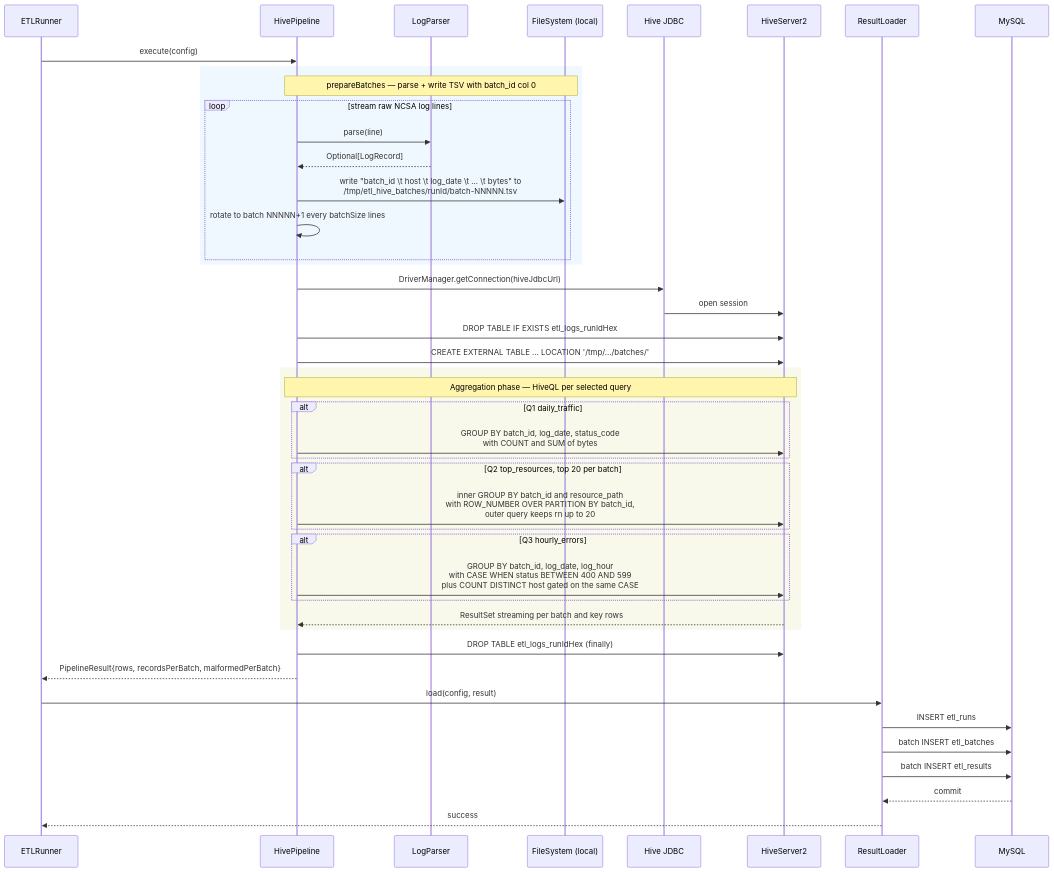
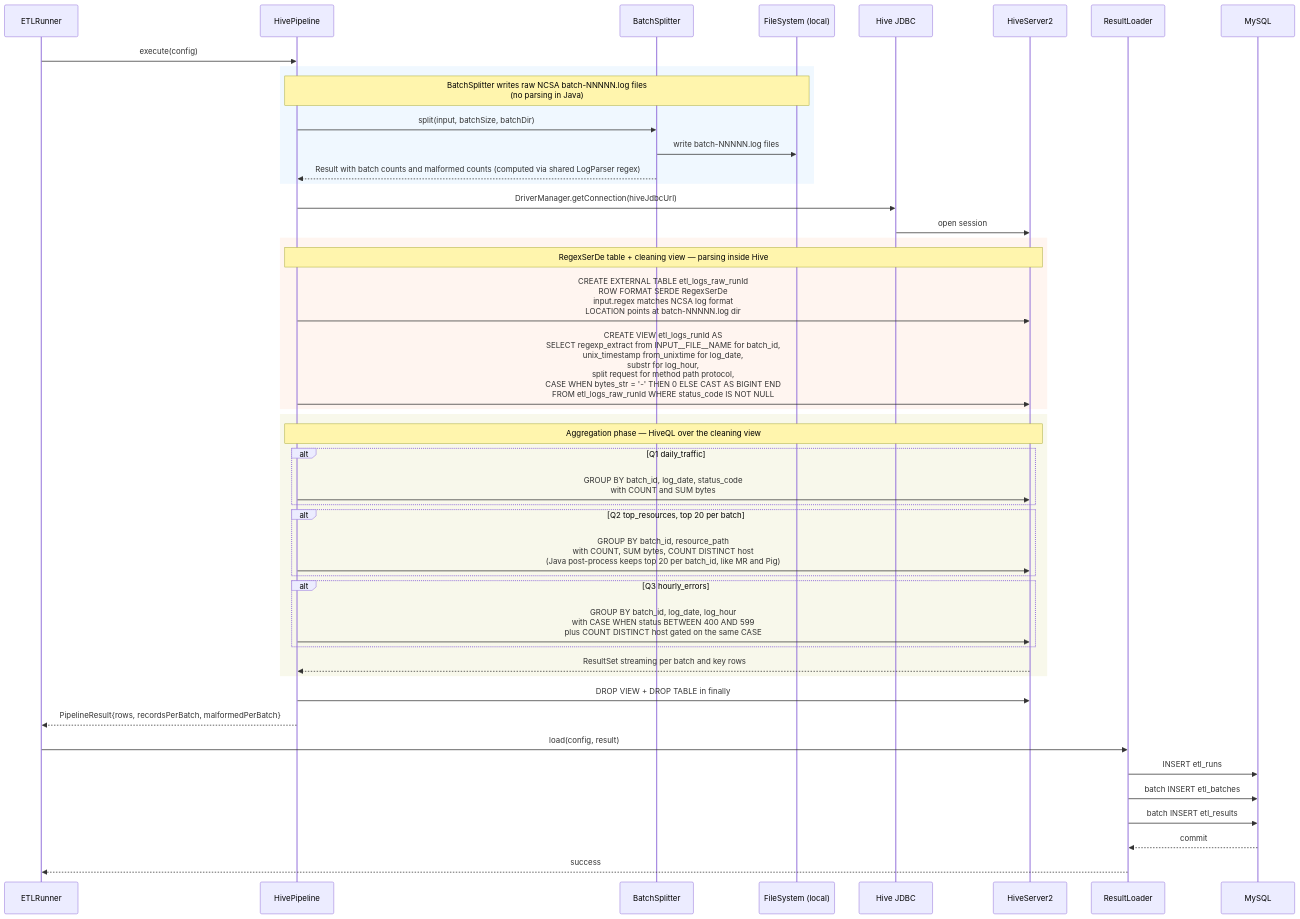
Before and after one commit to Rohitangshu2026/NoSQL: the sixth of 7 diagrams in Project/etl-framework/README.md, drawn with Mermaid. The commit also changed other lines of this file and 2 other files, not shown here.

First line of the commit message:
refactor(mongo,hive): push parsing inside the engine

````diff
--- a/Project/etl-framework/README.md
+++ b/Project/etl-framework/README.md
@@ -376,56 +382,58 @@
 ```mermaid
 sequenceDiagram
 
 participant Runner as ETLRunner
 participant Hive as HivePipeline
-participant LP as LogParser
+participant BS as BatchSplitter
 participant FS as FileSystem (local)
 participant JDBC as Hive JDBC
 participant HS2 as HiveServer2
 participant Loader as ResultLoader
 participant DB as MySQL
 
 Runner->>Hive: execute(config)
 
 rect rgb(240, 248, 255)
-Note over Hive,FS: prepareBatches — parse + write TSV with batch_id col 0
+Note over Hive,FS: BatchSplitter writes raw NCSA batch-NNNNN.log files<br/>(no parsing in Java)
 
-loop stream raw NCSA log lines
-    Hive->>LP: parse(line)
-    LP-->>Hive: Optional[LogRecord]
-    Hive->>FS: write "batch_id \t host \t log_date \t ... \t bytes" to<br/>/tmp/etl_hive_batches/runId/batch-NNNNN.tsv
-    Hive->>Hive: rotate to batch NNNNN+1 every batchSize lines
-end
+Hive->>BS: split(input, batchSize, batchDir)
+BS->>FS: write batch-NNNNN.log files
+BS-->>Hive: Result with batch counts and malformed counts (computed via shared LogParser regex)
 end
 
 Hive->>JDBC: DriverManager.getConnection(hiveJdbcUrl)
 JDBC->>HS2: open session
-Hive->>HS2: DROP TABLE IF EXISTS etl_logs_runIdHex
-Hive->>HS2: CREATE EXTERNAL TABLE ... LOCATION '/tmp/.../batches/'
+
+rect rgb(255, 245, 240)
+Note over Hive,HS2: RegexSerDe table + cleaning view — parsing inside Hive
+
+Hive->>HS2: CREATE EXTERNAL TABLE etl_logs_raw_runId<br/>ROW FORMAT SERDE RegexSerDe<br/>input.regex matches NCSA log format<br/>LOCATION points at batch-NNNNN.log dir
+Hive->>HS2: CREATE VIEW etl_logs_runId AS<br/>SELECT regexp_extract from INPUT__FILE__NAME for batch_id,<br/>unix_timestamp from_unixtime for log_date,<br/>substr for log_hour,<br/>split request for method path protocol,<br/>CASE WHEN bytes_str = '-' THEN 0 ELSE CAST AS BIGINT END<br/>FROM etl_logs_raw_runId WHERE status_code IS NOT NULL
+end
 
 rect rgb(248, 248, 235)
-Note over Hive,HS2: Aggregation phase — HiveQL per selected query
+Note over Hive,HS2: Aggregation phase — HiveQL over the cleaning view
 
 alt Q1 daily_traffic
-    Hive->>HS2: GROUP BY batch_id, log_date, status_code<br/>with COUNT and SUM of bytes
+    Hive->>HS2: GROUP BY batch_id, log_date, status_code<br/>with COUNT and SUM bytes
 end
 alt Q2 top_resources, top 20 per batch
-    Hive->>HS2: inner GROUP BY batch_id and resource_path<br/>with ROW_NUMBER OVER PARTITION BY batch_id,<br/>outer query keeps rn up to 20
+    Hive->>HS2: GROUP BY batch_id, resource_path<br/>with COUNT, SUM bytes, COUNT DISTINCT host<br/>(Java post-process keeps top 20 per batch_id, like MR and Pig)
 end
 alt Q3 hourly_errors
     Hive->>HS2: GROUP BY batch_id, log_date, log_hour<br/>with CASE WHEN status BETWEEN 400 AND 599<br/>plus COUNT DISTINCT host gated on the same CASE
 end
 HS2-->>Hive: ResultSet streaming per batch and key rows
 end
 
-Hive->>HS2: DROP TABLE etl_logs_runIdHex  (finally)
+Hive->>HS2: DROP VIEW + DROP TABLE in finally
 
 Hive-->>Runner: PipelineResult{rows, recordsPerBatch, malformedPerBatch}
 
 Runner->>Loader: load(config, result)
 Loader->>DB: INSERT etl_runs
 Loader->>DB: batch INSERT etl_batches
 Loader->>DB: batch INSERT etl_results
 DB-->>Loader: commit
 Loader-->>Runner: success
 ```
````
